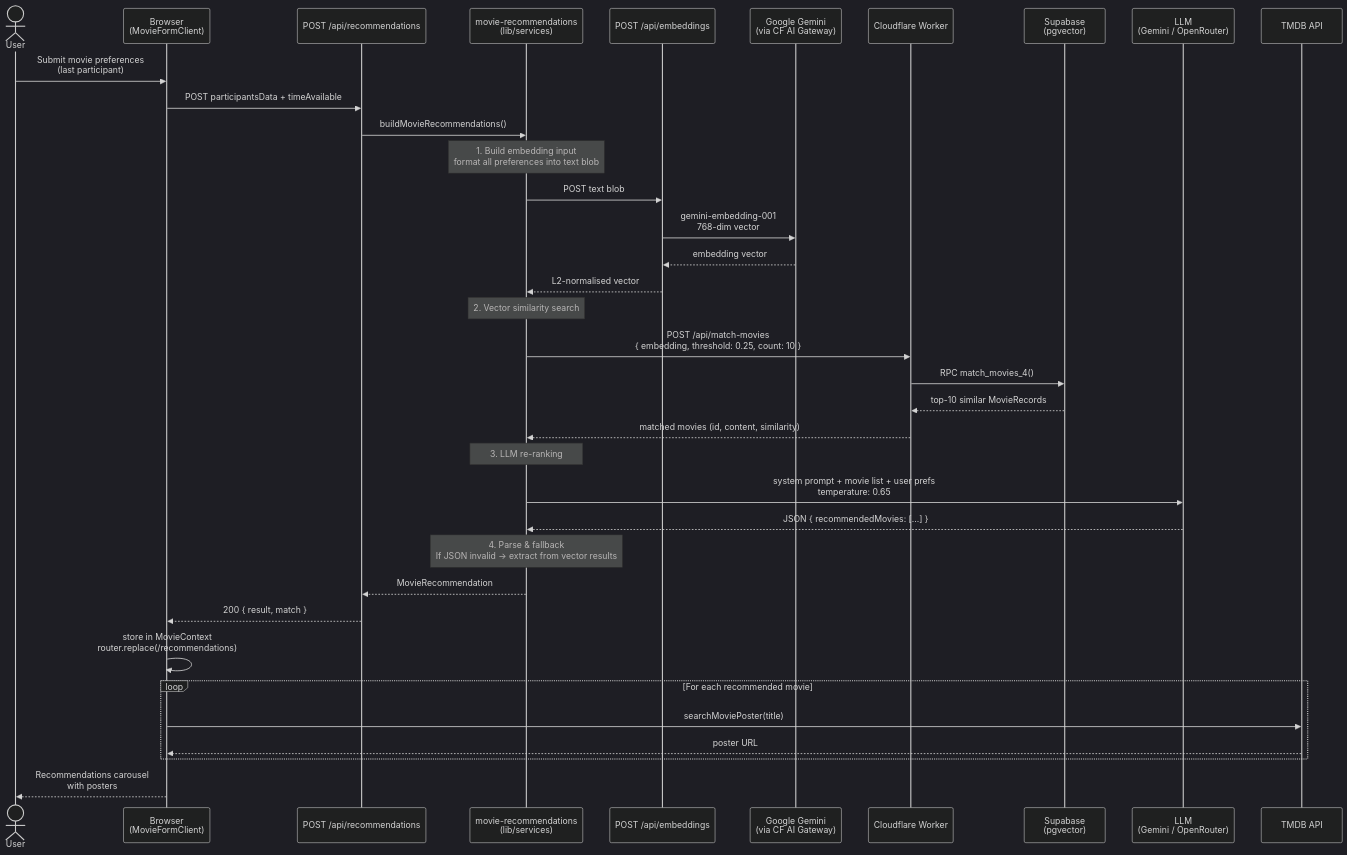
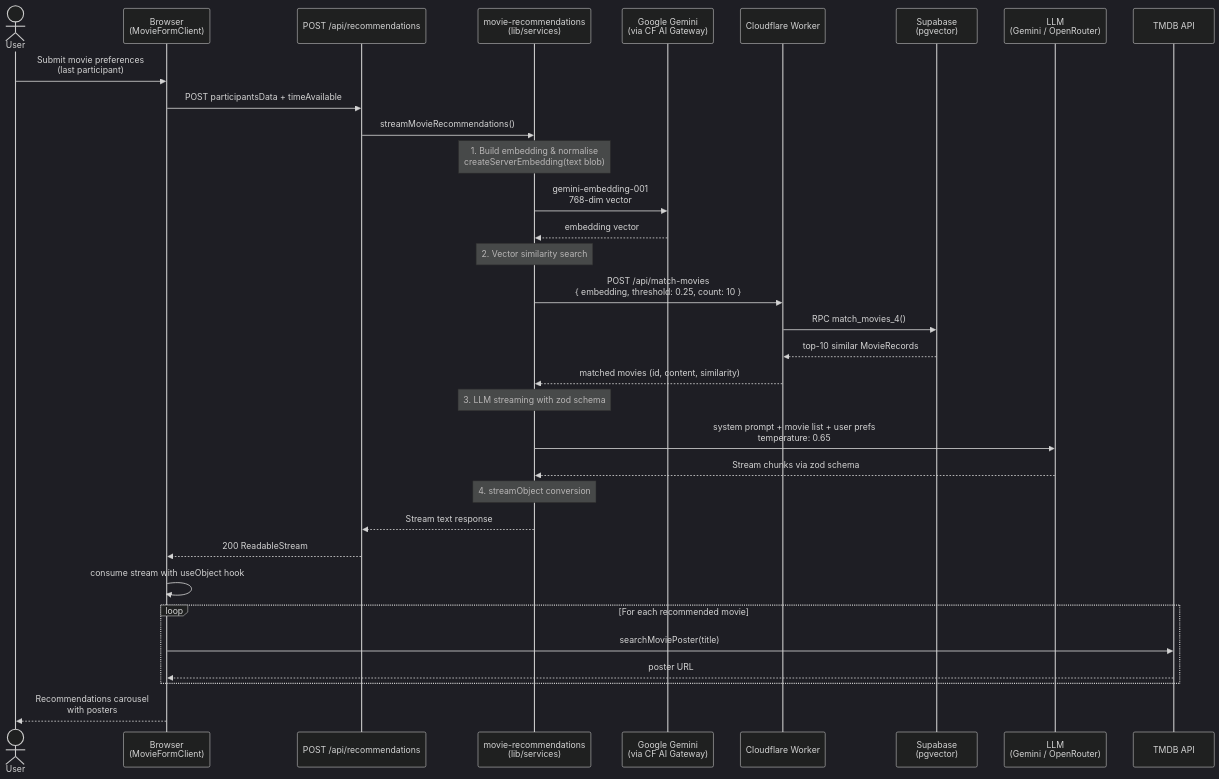
One commit to CodeHunt101/plotline-ai changed the third of 3 diagrams in README.md. Above: the diagram before and after it, drawn with Mermaid (dark theme). The commit also changed other lines of this file and 32 other files, not shown here.

First line of the commit message:
feat: refactor recommendations pipeline to streaming

````diff
--- a/README.md
+++ b/README.md
@@ -99,50 +94,47 @@
 ```mermaid
 sequenceDiagram
     actor User
     participant Browser as Browser<br/>(MovieFormClient)
     participant RecAPI as POST /api/recommendations
     participant Pipeline as movie-recommendations<br/>(lib/services)
-    participant EmbAPI as POST /api/embeddings
     participant Gemini as Google Gemini<br/>(via CF AI Gateway)
     participant CFWorker as Cloudflare Worker
     participant Supabase as Supabase<br/>(pgvector)
     participant LLM as LLM<br/>(Gemini / OpenRouter)
     participant TMDB as TMDB API
 
     User->>Browser: Submit movie preferences<br/>(last participant)
     Browser->>RecAPI: POST participantsData + timeAvailable
-    RecAPI->>Pipeline: buildMovieRecommendations()
+    RecAPI->>Pipeline: streamMovieRecommendations()
 
-    Note over Pipeline: 1. Build embedding input<br/>format all preferences into text blob
+    Note over Pipeline: 1. Build embedding & normalise<br/>createServerEmbedding(text blob)
 
-    Pipeline->>EmbAPI: POST text blob
-    EmbAPI->>Gemini: gemini-embedding-001<br/>768-dim vector
-    Gemini-->>EmbAPI: embedding vector
-    EmbAPI-->>Pipeline: L2-normalised vector
+    Pipeline->>Gemini: gemini-embedding-001<br/>768-dim vector
+    Gemini-->>Pipeline: embedding vector
 
     Note over Pipeline: 2. Vector similarity search
 
     Pipeline->>CFWorker: POST /api/match-movies<br/>{ embedding, threshold: 0.25, count: 10 }
     CFWorker->>Supabase: RPC match_movies_4()
     Supabase-->>CFWorker: top-10 similar MovieRecords
     CFWorker-->>Pipeline: matched movies (id, content, similarity)
 
-    Note over Pipeline: 3. LLM re-ranking
+    Note over Pipeline: 3. LLM streaming with zod schema
 
     Pipeline->>LLM: system prompt + movie list + user prefs<br/>temperature: 0.65
-    LLM-->>Pipeline: JSON { recommendedMovies: [...] }
+    LLM-->>Pipeline: Stream chunks via zod schema
 
-    Note over Pipeline: 4. Parse & fallback<br/>If JSON invalid → extract from vector results
+    Note over Pipeline: 4. streamObject conversion
 
-    Pipeline-->>RecAPI: MovieRecommendation
-    RecAPI-->>Browser: 200 { result, match }
+    Pipeline-->>RecAPI: Stream text response
+    RecAPI-->>Browser: 200 ReadableStream
 
-    Browser->>Browser: store in MovieContext<br/>router.replace(/recommendations)
+    Browser->>Browser: consume stream with useObject hook
 
     loop For each recommended movie
         Browser->>TMDB: searchMoviePoster(title)
         TMDB-->>Browser: poster URL
     end
 
     Browser-->>User: Recommendations carousel<br/>with posters
 ```
````
